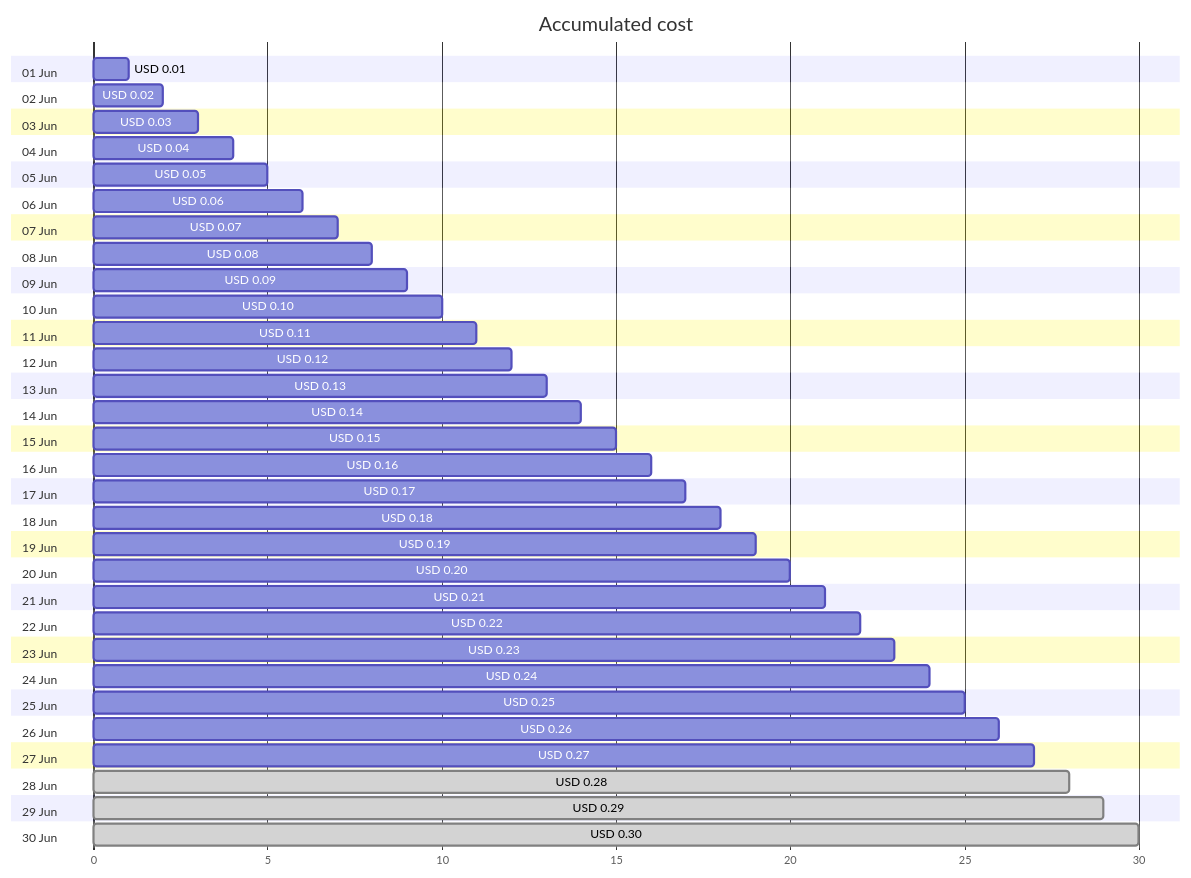
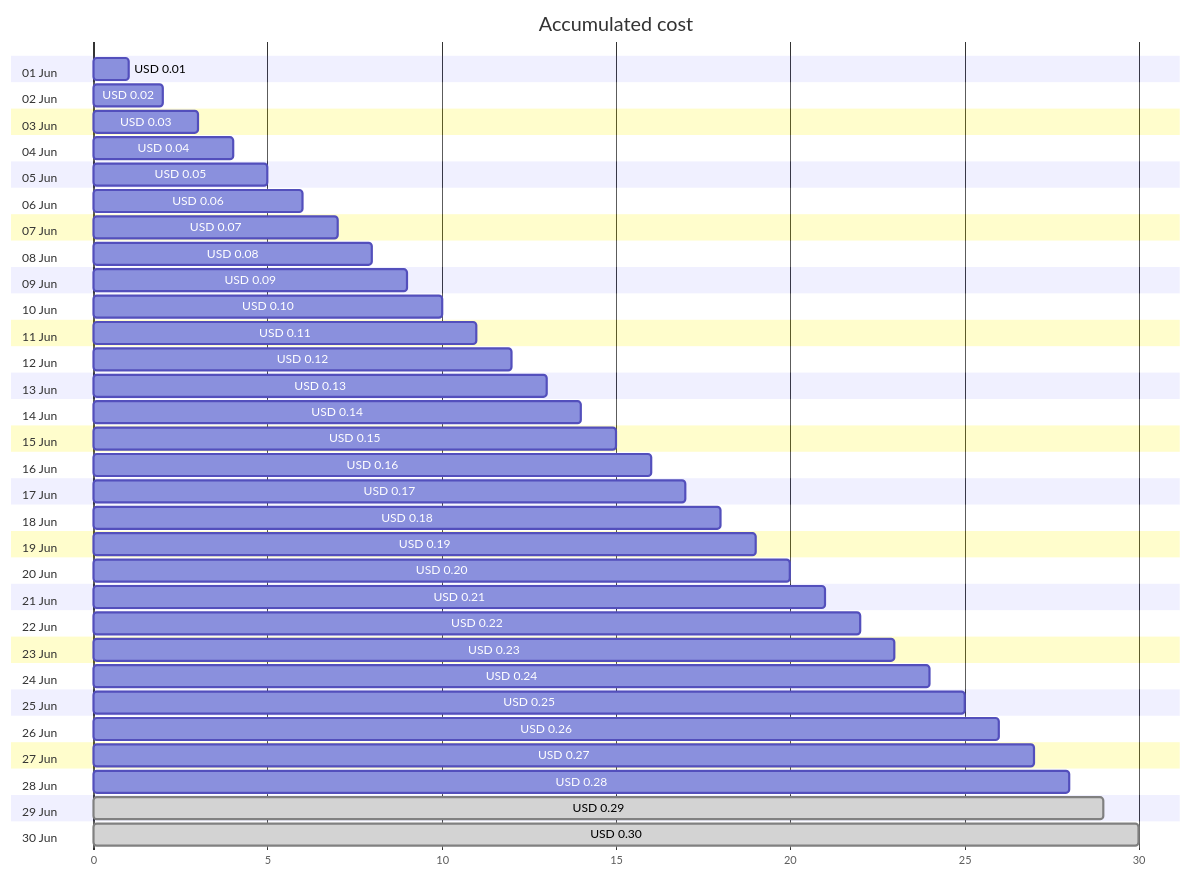
Before and after one commit to jpfulton/azure-personal-reports: the first of 4 diagrams in cost-reports/cloud-shell-storage-eastus/README.md, drawn with Mermaid. The commit also changed other lines of this file and 1 other file, not shown here.

````diff
--- a/cost-reports/cloud-shell-storage-eastus/README.md
+++ b/cost-reports/cloud-shell-storage-eastus/README.md
@@ -20,66 +20,66 @@
 ```mermaid
 gantt
    title Accumulated cost
    dateFormat  X
    axisFormat %s
    section 01 Jun
    USD 0.01 :0, 1
    section 02 Jun
    USD 0.02 :0, 2
    section 03 Jun
    USD 0.03 :0, 3
    section 04 Jun
    USD 0.04 :0, 4
    section 05 Jun
    USD 0.05 :0, 5
    section 06 Jun
    USD 0.06 :0, 6
    section 07 Jun
    USD 0.07 :0, 7
    section 08 Jun
    USD 0.08 :0, 8
    section 09 Jun
    USD 0.09 :0, 9
    section 10 Jun
    USD 0.10 :0, 10
    section 11 Jun
    USD 0.11 :0, 11
    section 12 Jun
    USD 0.12 :0, 12
    section 13 Jun
    USD 0.13 :0, 13
    section 14 Jun
    USD 0.14 :0, 14
    section 15 Jun
    USD 0.15 :0, 15
    section 16 Jun
    USD 0.16 :0, 16
    section 17 Jun
    USD 0.17 :0, 17
    section 18 Jun
    USD 0.18 :0, 18
    section 19 Jun
    USD 0.19 :0, 19
    section 20 Jun
    USD 0.20 :0, 20
    section 21 Jun
    USD 0.21 :0, 21
    section 22 Jun
    USD 0.22 :0, 22
    section 23 Jun
    USD 0.23 :0, 23
    section 24 Jun
    USD 0.24 :0, 24
    section 25 Jun
    USD 0.25 :0, 25
    section 26 Jun
    USD 0.26 :0, 26
    section 27 Jun
    USD 0.27 :0, 27
    section 28 Jun
-   USD 0.28 : done, 0, 28
+   USD 0.28 :0, 28
    section 29 Jun
    USD 0.29 : done, 0, 29
    section 30 Jun
    USD 0.30 : done, 0, 30
 ```
````
